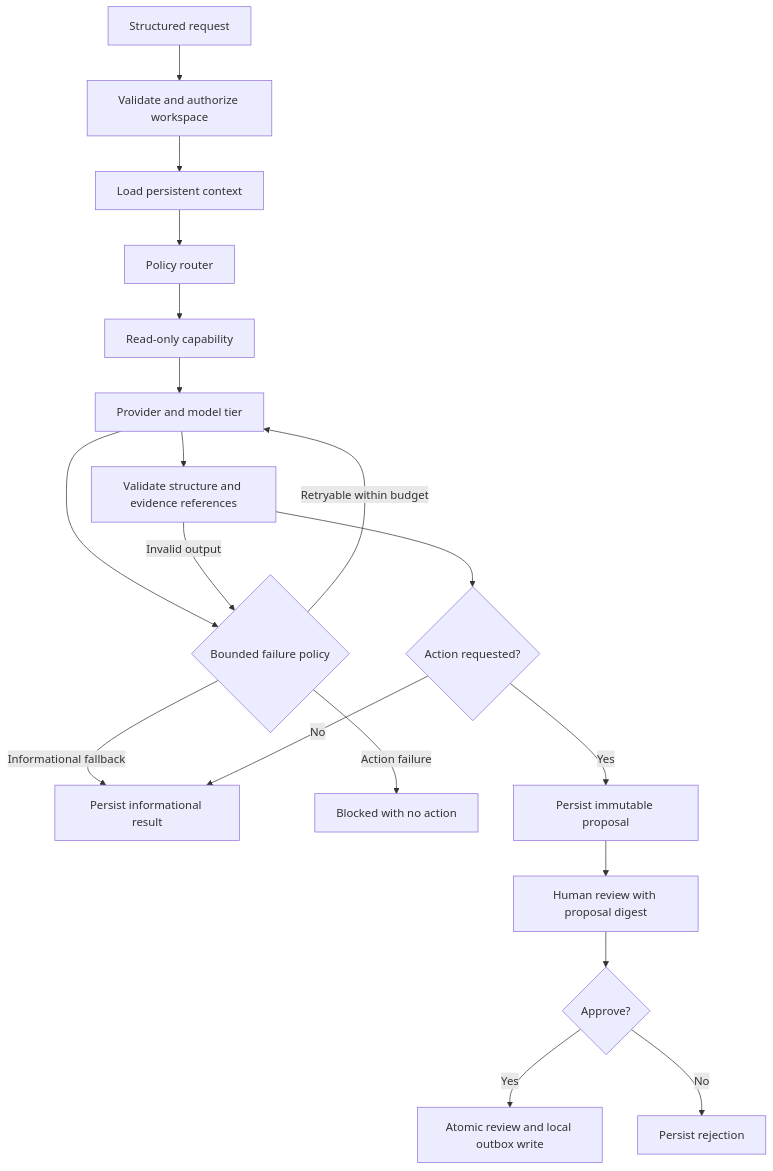
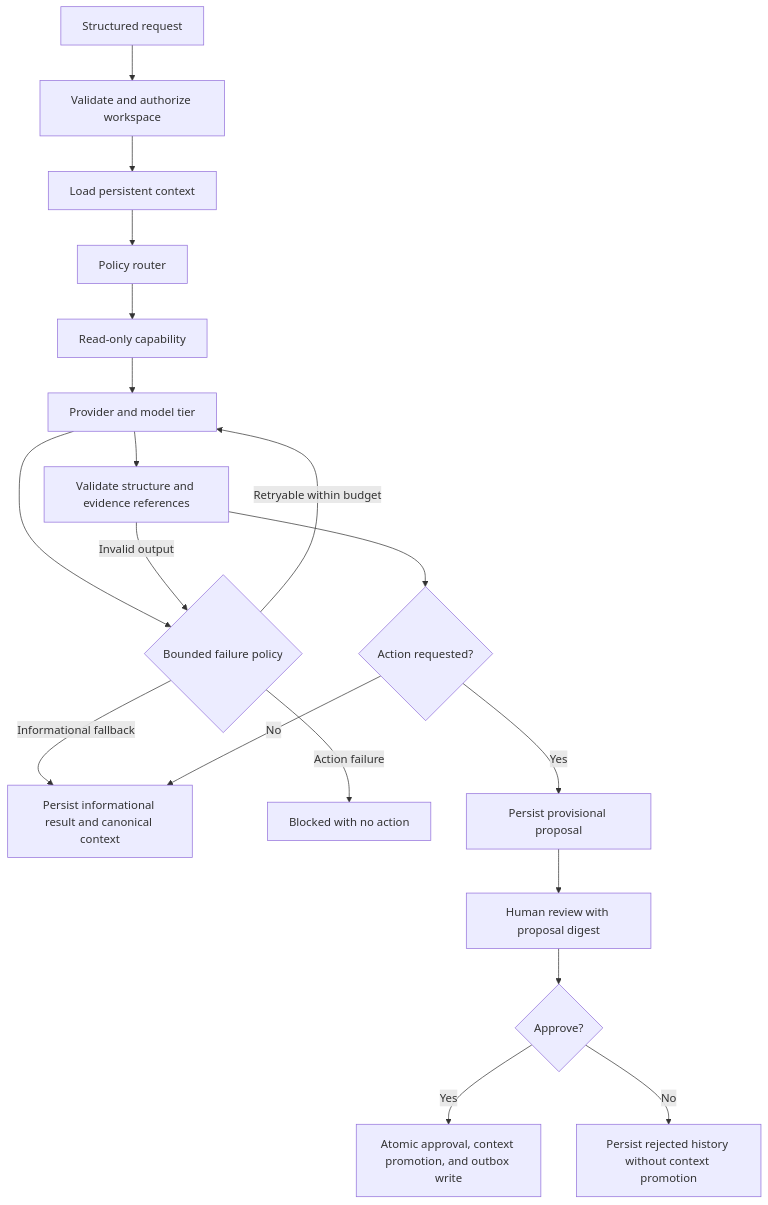
The diagram in README.md (Prillie/structured-agent-runtime), drawn with Mermaid before and after one commit. The commit also changed other lines of this file and 3 other files, not shown here.

Commit message:
Gate canonical memory promotion on human approval

````diff
--- a/README.md
+++ b/README.md
@@ -23,21 +23,21 @@
 ```mermaid
 flowchart TD
     A[Structured request] --> B[Validate and authorize workspace]
     B --> C[Load persistent context]
     C --> D[Policy router]
     D --> E[Read-only capability]
     E --> F[Provider and model tier]
     F --> G[Validate structure and evidence references]
     F --> H{Bounded failure policy}
     G -->|Invalid output| H
     H -->|Retryable within budget| F
     H -->|Informational fallback| J
     H -->|Action failure| P[Blocked with no action]
     G --> I{Action requested?}
-    I -->|No| J[Persist informational result]
-    I -->|Yes| K[Persist immutable proposal]
+    I -->|No| J[Persist informational result and canonical context]
+    I -->|Yes| K[Persist provisional proposal]
     K --> L[Human review with proposal digest]
     L --> M{Approve?}
-    M -->|Yes| N[Atomic review and local outbox write]
-    M -->|No| O[Persist rejection]
+    M -->|Yes| N[Atomic approval, context promotion, and outbox write]
+    M -->|No| O[Persist rejected history without context promotion]
 ```
````
